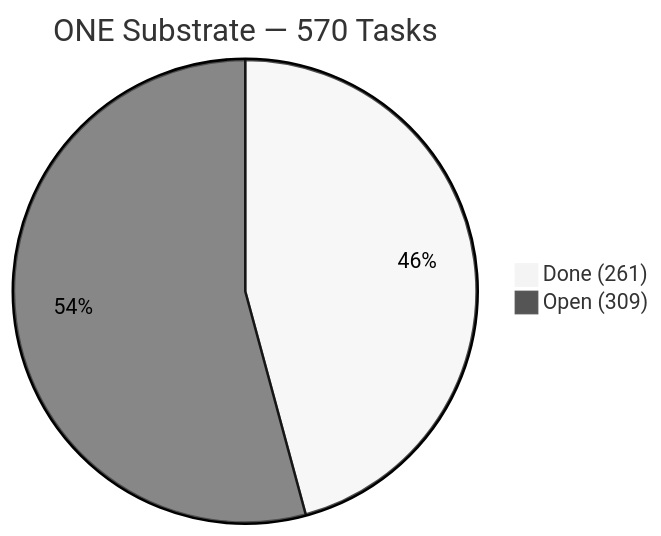
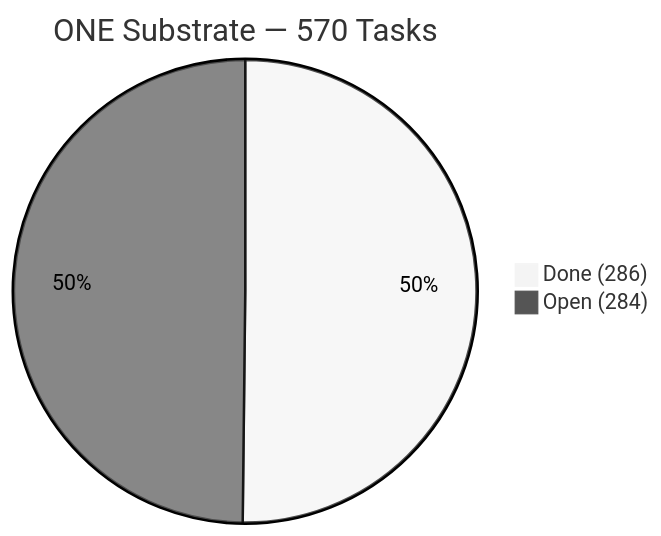
One commit to tonyoconnell/agent-ui changed the first of 4 diagrams in docs/TODO.md. Above: the diagram before and after it, drawn with Mermaid (neutral theme). The commit also changed other lines of this file and 21 other files, not shown here.

````diff
--- a/docs/TODO.md
+++ b/docs/TODO.md
@@ -6,5 +6,5 @@
 ```mermaid
 pie title ONE Substrate — 570 Tasks
-    "Done (261)" : 261
-    "Open (309)" : 309
+    "Done (286)" : 286
+    "Open (284)" : 284
 ```
````
